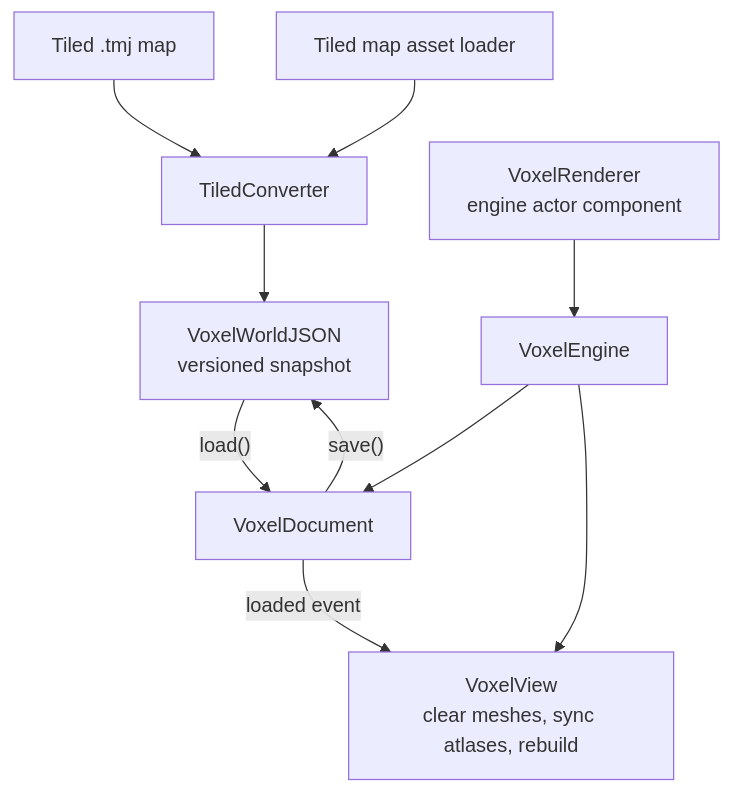
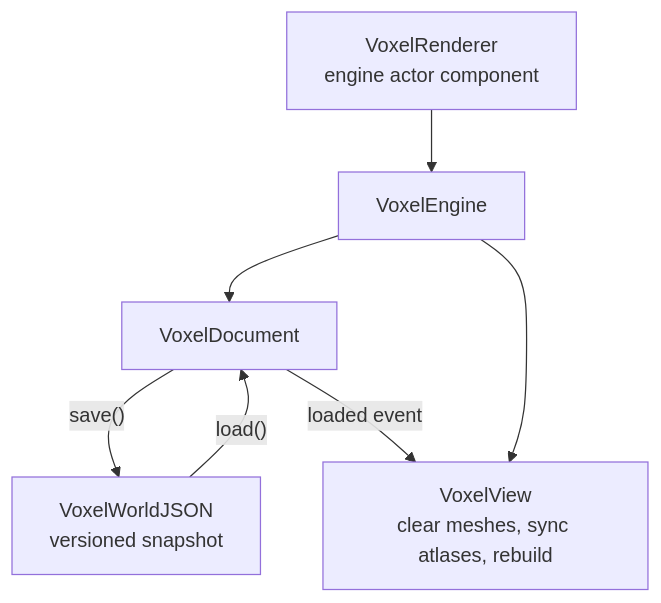
One commit to JollyPixel/editor changed the third of 3 diagrams in packages/voxel-renderer/ARCHITECTURE.md. Above: the diagram before and after it, drawn with Mermaid. The commit also changed other lines of this file and 41 other files, not shown here.

Commit message:
refactor(voxel-renderer)!: migrate tiled implementation (#790)

````diff
--- a/packages/voxel-renderer/ARCHITECTURE.md
+++ b/packages/voxel-renderer/ARCHITECTURE.md
@@ -104,12 +104,9 @@
 ```mermaid
 flowchart TB
-    Tiled["Tiled .tmj map"] --> Converter["TiledConverter"]
-    Converter --> Snapshot["VoxelWorldJSON<br/>versioned snapshot"]
-    Document["VoxelDocument"] -->|"save()"| Snapshot
+    Document["VoxelDocument"] -->|"save()"| Snapshot["VoxelWorldJSON<br/>versioned snapshot"]
     Snapshot -->|"load()"| Document
     Document -->|"loaded event"| View["VoxelView<br/>clear meshes, sync atlases, rebuild"]
-    Asset["Tiled map asset loader"] --> Converter
     Plugin["VoxelRenderer<br/>engine actor component"] --> Engine["VoxelEngine"]
     Engine --> Document
     Engine --> View
 ```
````
